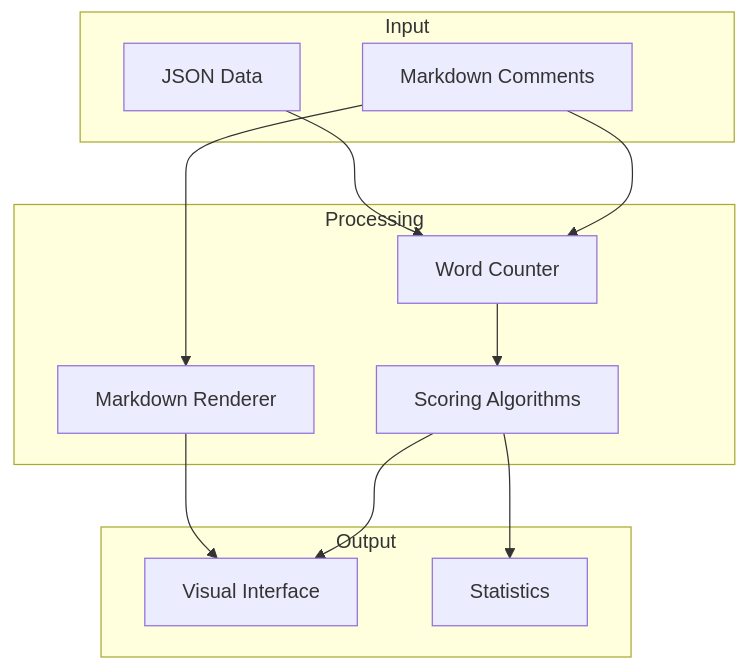
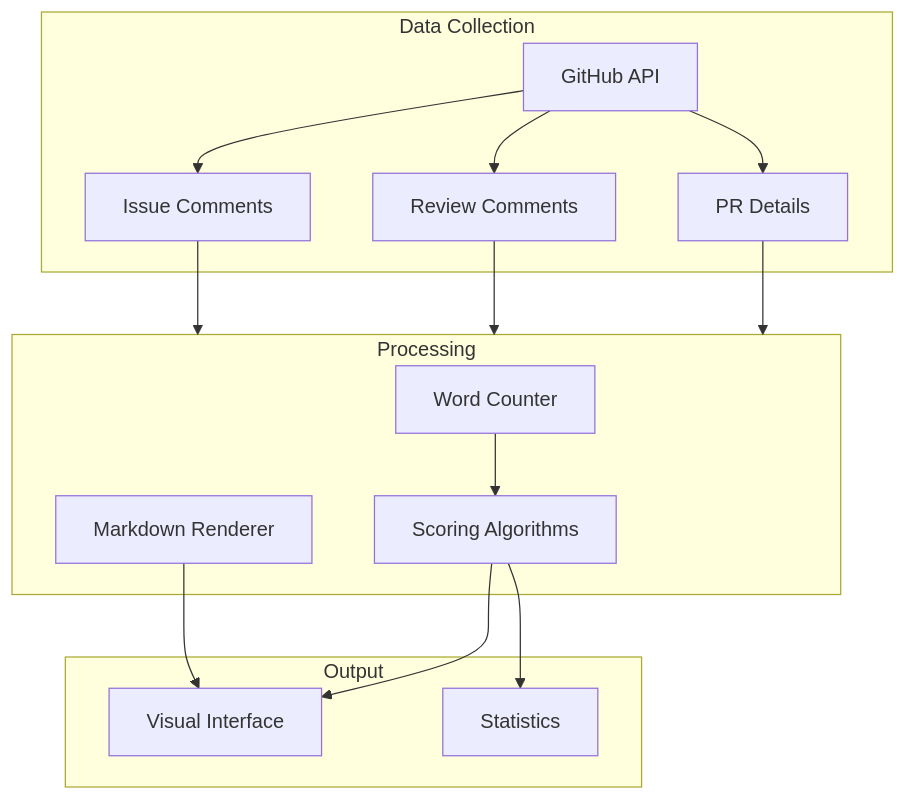
One commit to 0x4007/module-rewards changed the first of 4 diagrams in memory-bank/systemPatterns.md. Above: the diagram before and after it, drawn with Mermaid. The commit also changed other lines of this file and 12 other files, not shown here.

````diff
--- a/memory-bank/systemPatterns.md
+++ b/memory-bank/systemPatterns.md
@@ -5,26 +5,33 @@
 ```mermaid
 flowchart TB
-    subgraph Input
-        MD[Markdown Comments]
-        JSON[JSON Data]
+    subgraph Data Collection
+        GH[GitHub API]
+        PR[PR Details]
+        RC[Review Comments]
+        IC[Issue Comments]
     end
 
     subgraph Processing
         WC[Word Counter]
         SA[Scoring Algorithms]
         MR[Markdown Renderer]
     end
 
     subgraph Output
         VI[Visual Interface]
         Stats[Statistics]
     end
 
-    MD --> WC
-    JSON --> WC
+    GH --> PR
+    GH --> RC
+    GH --> IC
+
+    PR --> Processing
+    RC --> Processing
+    IC --> Processing
+
     WC --> SA
     SA --> VI
-    MD --> MR
     MR --> VI
     SA --> Stats
 ```
````
